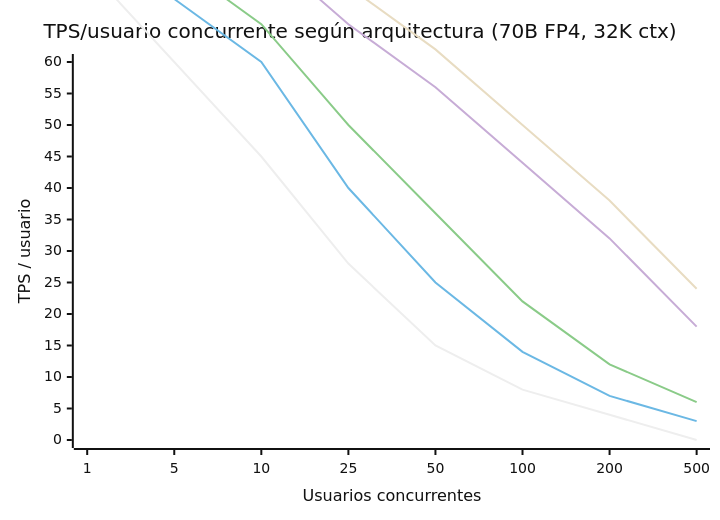
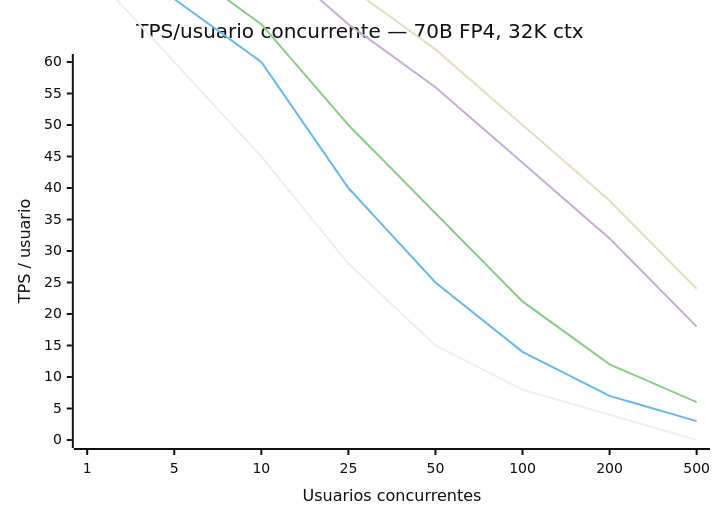
The sixth of 8 diagrams in README.md (SIRGPrice/Spark-Ring-Comparable-Viability), drawn with Mermaid (neutral theme) before and after one commit. The commit also changed other lines of this file, not shown here.

````diff
--- a/README.md
+++ b/README.md
@@ -1397,11 +1404,11 @@
 ```mermaid
 xychart-beta
-    title "TPS/usuario concurrente según arquitectura (70B FP4, 32K ctx)"
+    title "TPS/usuario concurrente — 70B FP4, 32K ctx"
     x-axis "Usuarios concurrentes" [1, 5, 10, 25, 50, 100, 200, 500]
     y-axis "TPS / usuario" 0 --> 60
     line "1× Spark"      [75, 60, 45, 28, 15, 8, 4, 0]
     line "2× Spark"      [80, 70, 60, 40, 25, 14, 7, 3]
     line "4× Spark"      [85, 76, 66, 50, 36, 22, 12, 6]
     line "8× RTX PRO 6000" [90, 84, 78, 66, 56, 44, 32, 18]
     line "16× RTX PRO 6000" [92, 88, 82, 72, 62, 50, 38, 24]
 ```
````
